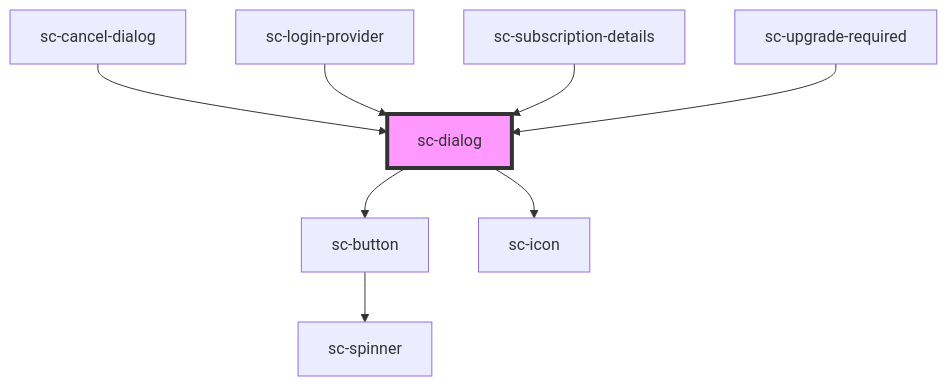
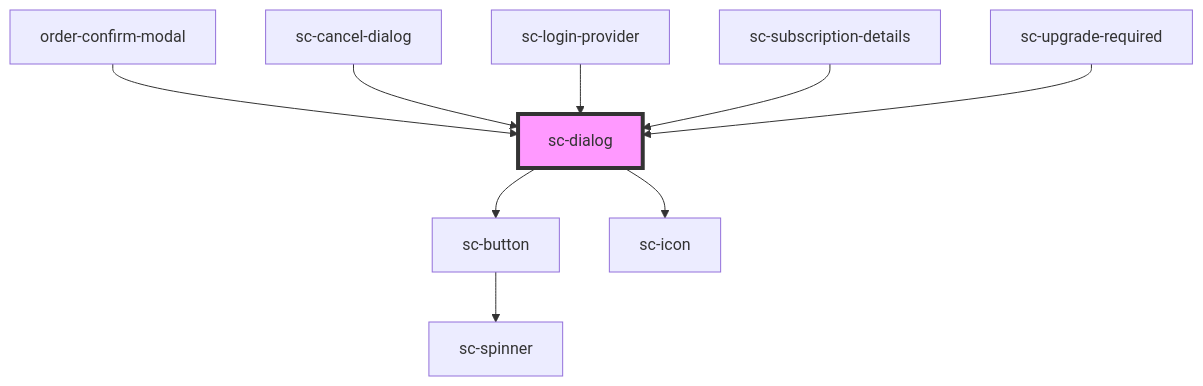
The diagram in packages/components/src/components/ui/sc-dialog/readme.md (surecart/surecart-wp-plugin), drawn with Mermaid before and after one commit. The commit also changed other lines of this file and 9 other files, not shown here.

Commit message:
Update to always show the order confirm modal

````diff
--- a/packages/components/src/components/ui/sc-dialog/readme.md
+++ b/packages/components/src/components/ui/sc-dialog/readme.md
@@ -58,11 +59,12 @@
 ```mermaid
 graph TD;
   sc-dialog --> sc-button
   sc-dialog --> sc-icon
   sc-button --> sc-spinner
+  order-confirm-modal --> sc-dialog
   sc-cancel-dialog --> sc-dialog
   sc-login-provider --> sc-dialog
   sc-subscription-details --> sc-dialog
   sc-upgrade-required --> sc-dialog
   style sc-dialog fill:#f9f,stroke:#333,stroke-width:4px
 ```
````
